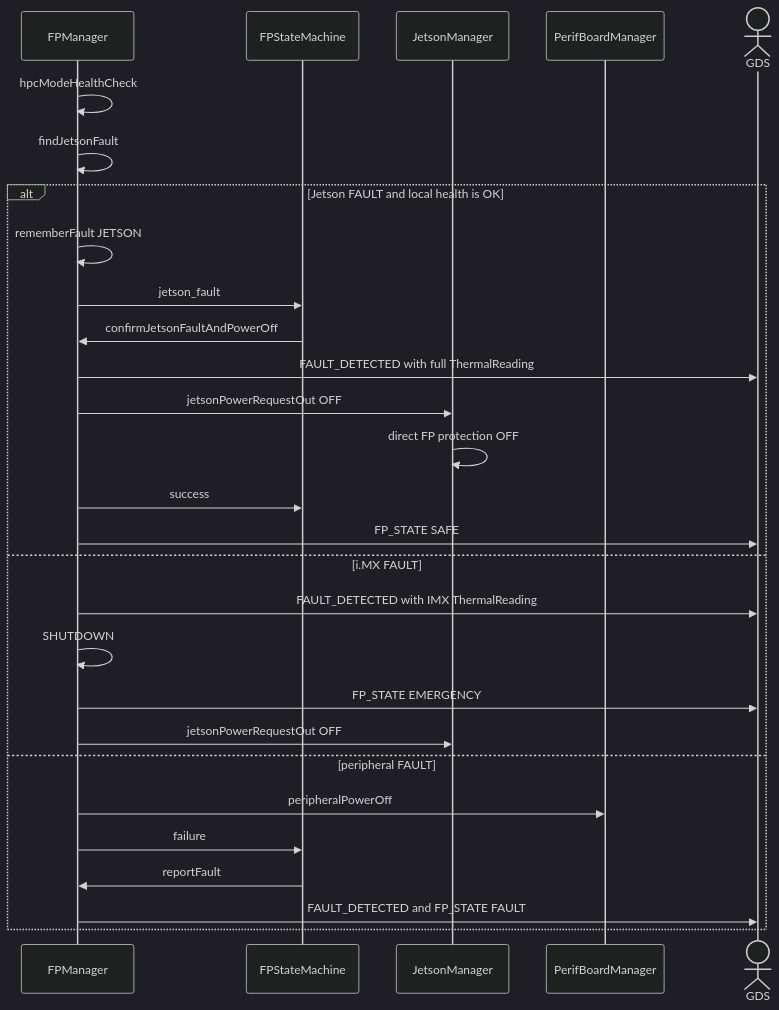
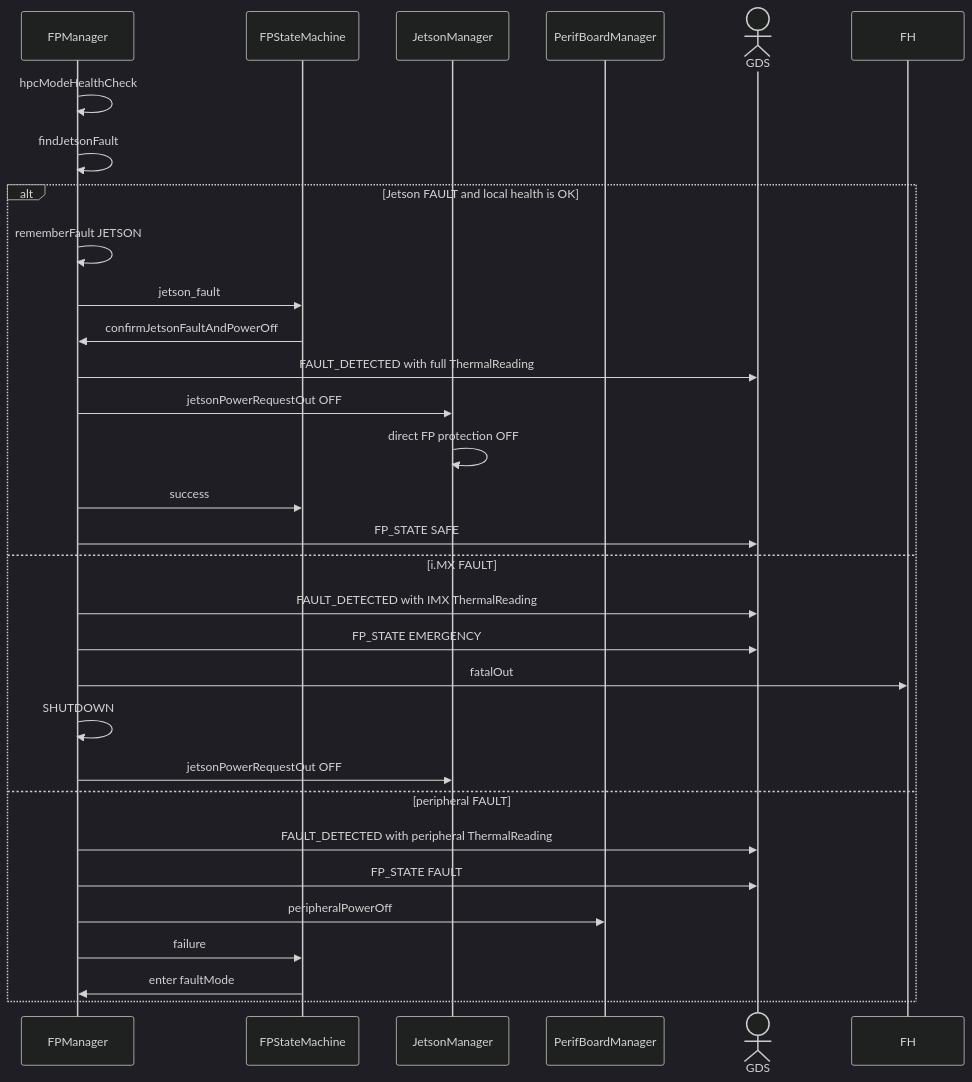
Before and after one commit to BroncoSpace-Lab/fprime-scales: the sixth of 7 diagrams in scales/scalesSvc/FPManager/docs/sdd.md, drawn with Mermaid (dark theme). The commit also changed other lines of this file and 9 other files, not shown here.

````diff
--- a/scales/scalesSvc/FPManager/docs/sdd.md
+++ b/scales/scalesSvc/FPManager/docs/sdd.md
@@ -284,31 +329,33 @@
 ```mermaid
 sequenceDiagram
     participant FPM as FPManager
     participant SM as FPStateMachine
     participant JM as JetsonManager
     participant PBM as PerifBoardManager
     actor GDS as GDS
 
     FPM->>FPM: hpcModeHealthCheck
     FPM->>FPM: findJetsonFault
     alt Jetson FAULT and local health is OK
         FPM->>FPM: rememberFault JETSON
         FPM->>SM: jetson_fault
         SM->>FPM: confirmJetsonFaultAndPowerOff
         FPM->>GDS: FAULT_DETECTED with full ThermalReading
         FPM->>JM: jetsonPowerRequestOut OFF
         JM->>JM: direct FP protection OFF
         FPM->>SM: success
         FPM->>GDS: FP_STATE SAFE
     else i.MX FAULT
         FPM->>GDS: FAULT_DETECTED with IMX ThermalReading
+        FPM->>GDS: FP_STATE EMERGENCY
+        FPM->>FH: fatalOut
         FPM->>FPM: SHUTDOWN
-        FPM->>GDS: FP_STATE EMERGENCY
         FPM->>JM: jetsonPowerRequestOut OFF
     else peripheral FAULT
+        FPM->>GDS: FAULT_DETECTED with peripheral ThermalReading
+        FPM->>GDS: FP_STATE FAULT
         FPM->>PBM: peripheralPowerOff
         FPM->>SM: failure
-        SM->>FPM: reportFault
-        FPM->>GDS: FAULT_DETECTED and FP_STATE FAULT
+        SM->>FPM: enter faultMode
     end
 ```
````
